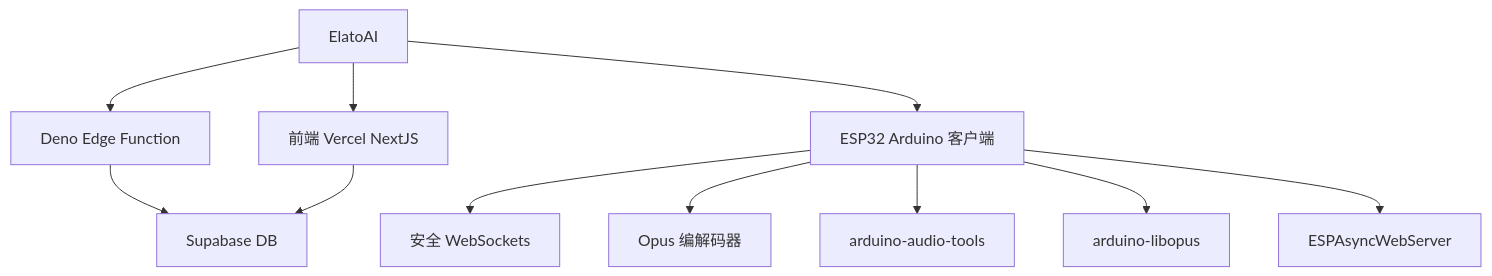
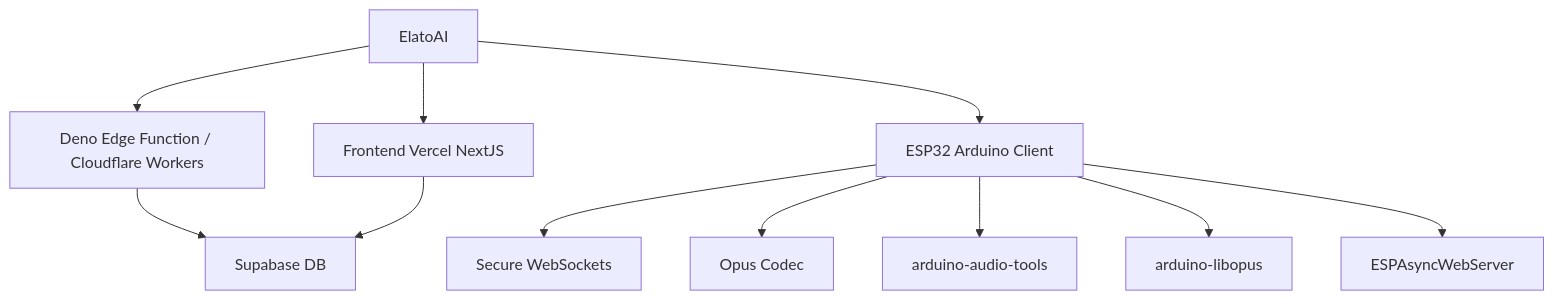
Before and after one commit to akdeb/ElatoAI: the second of 2 diagrams in README.zh.md, drawn with Mermaid. The commit also changed other lines of this file and 1 other file, not shown here.

Commit message:
test cloudflare readme

````diff
--- a/README.zh.md
+++ b/README.zh.md
@@ -135,15 +147,15 @@
 ```mermaid
 graph TD
   repo[ElatoAI]
-  repo --> frontend[前端 Vercel NextJS]
-  repo --> deno[Deno Edge Function]
-  repo --> esp32[ESP32 Arduino 客户端]
-  deno --> supabase[Supabase DB]
+  repo --> frontend[Frontend Vercel NextJS]
+  repo --> server[Deno Edge Function / Cloudflare Workers]
+  repo --> esp32[ESP32 Arduino Client]
+  server --> supabase[Supabase DB]
 
   frontend --> supabase
-  esp32 --> websockets[安全 WebSockets]
-  esp32 --> opus[Opus 编解码器]
+  esp32 --> websockets[Secure WebSockets]
+  esp32 --> opus[Opus Codec]
   esp32 --> audio_tools[arduino-audio-tools]
   esp32 --> libopus[arduino-libopus]
   esp32 --> ESPAsyncWebServer[ESPAsyncWebServer]
 ```
````
